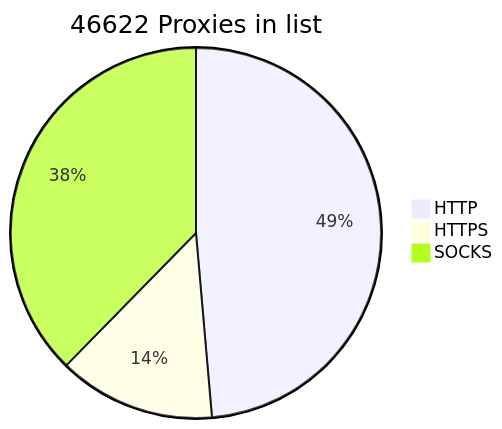
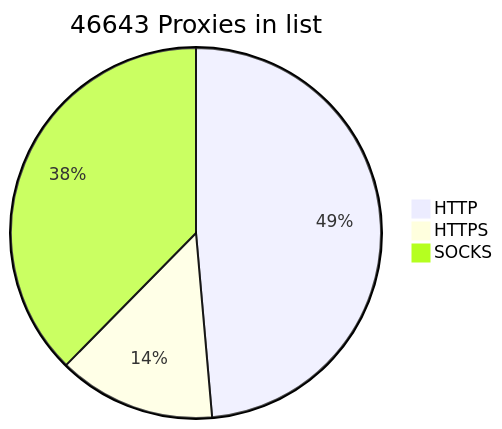
One commit to BlackSnowDot/proxylist-update-every-minute changed the diagram in README.md. Above: the diagram before and after it, drawn with Mermaid.

````diff
--- a/README.md
+++ b/README.md
@@ -2,6 +2,6 @@
 ```mermaid
-pie title 46622 Proxies in list
-    "HTTP" : 25240
-    "HTTPS": 7122
-    "SOCKS" : 19549
+pie title 46643 Proxies in list
+    "HTTP" : 25253
+    "HTTPS": 7147
+    "SOCKS" : 19551
 ```
````
